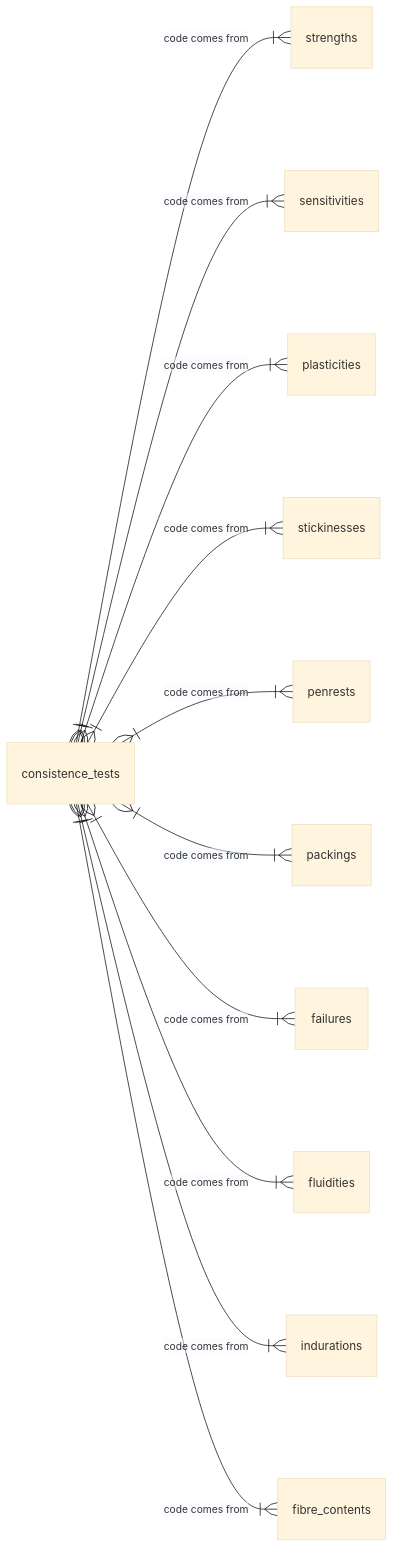
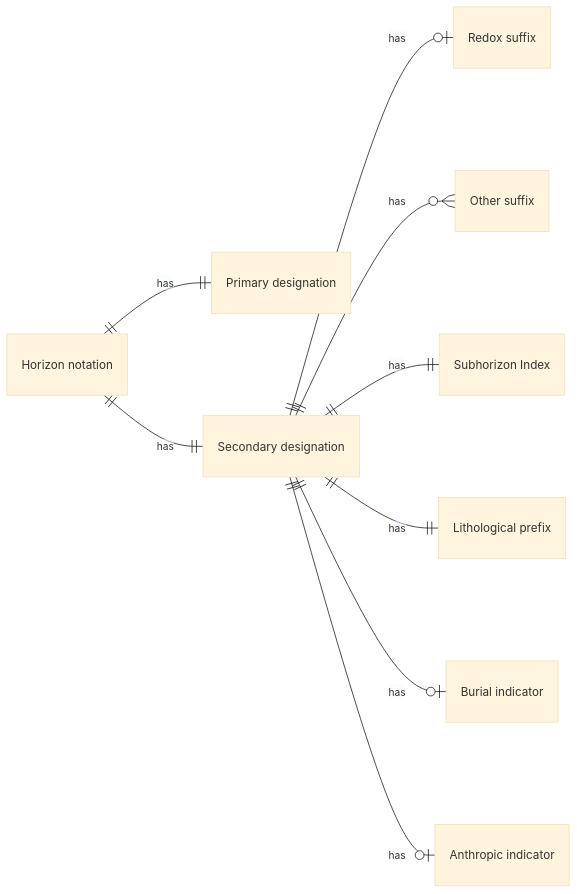
Before and after one commit to manaakiwhenua/NZ_soildesc_2024: diagram 17 of 19 in ap_data_model.qmd, drawn with Mermaid (base theme). The commit also changed other lines of this file, not shown here.

````diff
--- a/ap_data_model.qmd
+++ b/ap_data_model.qmd
@@ -1613,18 +608,17 @@
 ```{mermaid}
-%%| label: fig-mhorcono
-%%| fig-cap: "Horizon consistence tests - Overview"
+%%| label: fig-erd-hzn-not
+%%| fig-cap: "Horizons - Interpreted Properties - Notation"
 
 erDiagram
   direction LR
-  consistence_tests }|--|{ strengths : "code comes from"
-  consistence_tests }|--|{ sensitivities : "code comes from"
-  consistence_tests }|--|{ plasticities : "code comes from"
-  consistence_tests }|--|{ stickinesses : "code comes from"
-  consistence_tests }|--|{ penrests : "code comes from"
-  consistence_tests }|--|{ packings : "code comes from"
-  consistence_tests }|--|{ failures : "code comes from"
-  consistence_tests }|--|{ fluidities : "code comes from"
-  consistence_tests }|--|{ indurations : "code comes from"
-  consistence_tests }|--|{ fibre_contents : "code comes from"
+  "Horizon notation" ||--|| "Primary designation" : "has"
+  "Horizon notation" ||--|| "Secondary designation" : "has"
+  "Secondary designation" ||--o| "Redox suffix" : "has"
+  "Secondary designation" ||--o{ "Other suffix" : "has"
+  "Secondary designation" ||--|| "Subhorizon Index" : "has"
+  "Secondary designation" ||--|| "Lithological prefix" : "has"
+  "Secondary designation" ||--o| "Burial indicator" : "has"
+  "Secondary designation" ||--o| "Anthropic indicator" : "has"
+  
 
 ```
````
